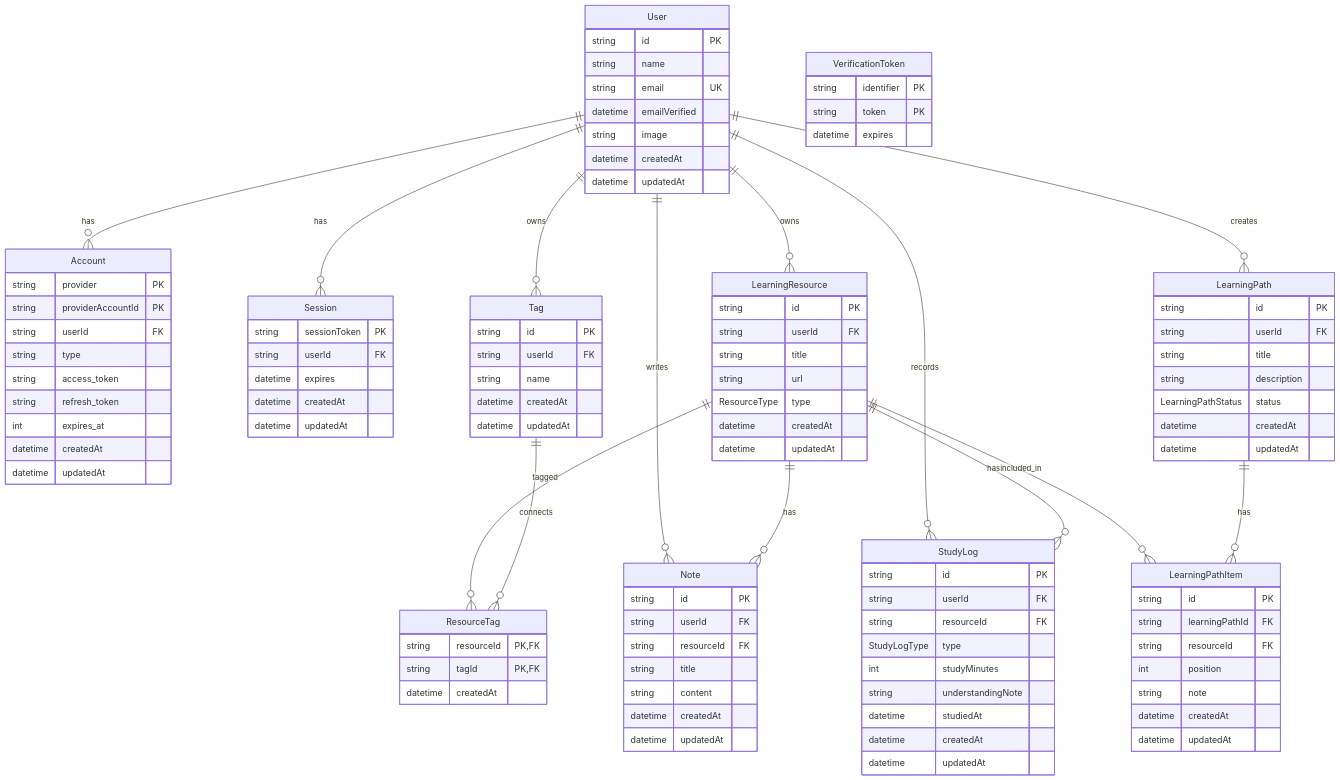
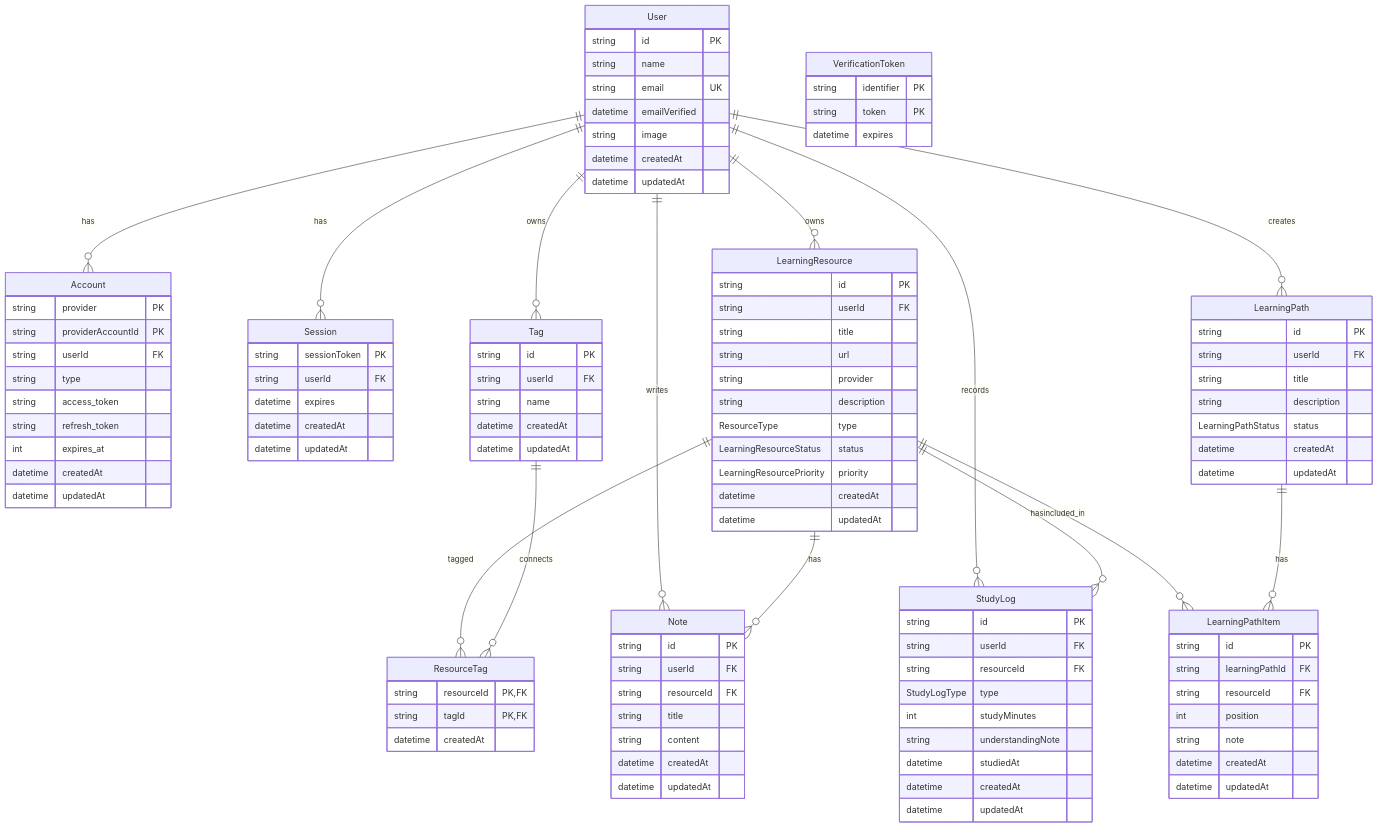
The second of 3 diagrams in README.md (ysys1195/course-tracker), drawn with Mermaid before and after one commit. The commit also changed other lines of this file and 1 other file, not shown here.

Commit message:
README のER図を更新し、画面遷移図を追加

```diff
--- a/README.md
+++ b/README.md
@@ -210,7 +256,11 @@
       string userId FK
       string title
       string url
+      string provider
+      string description
       ResourceType type
+      LearningResourceStatus status
+      LearningResourcePriority priority
       datetime createdAt
       datetime updatedAt
     }
```
